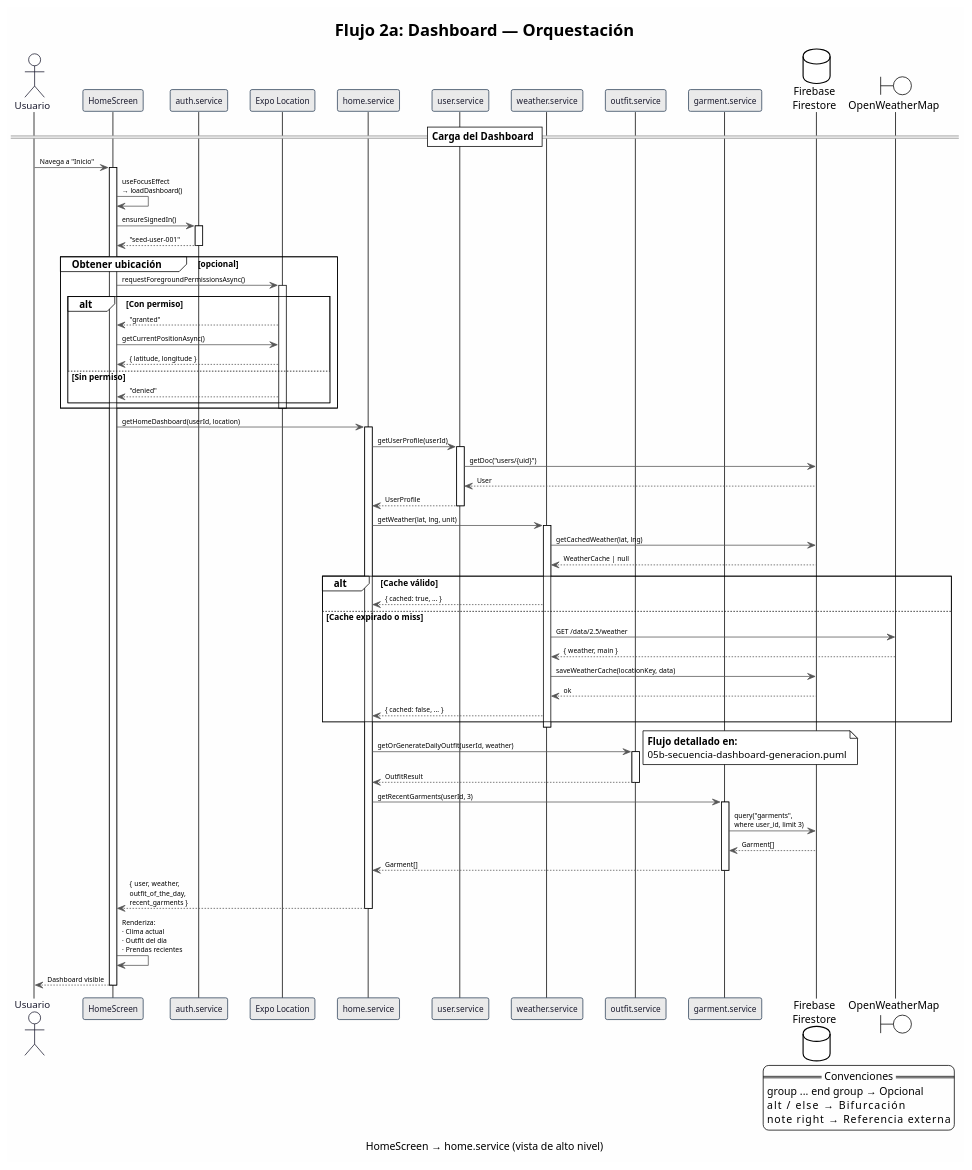
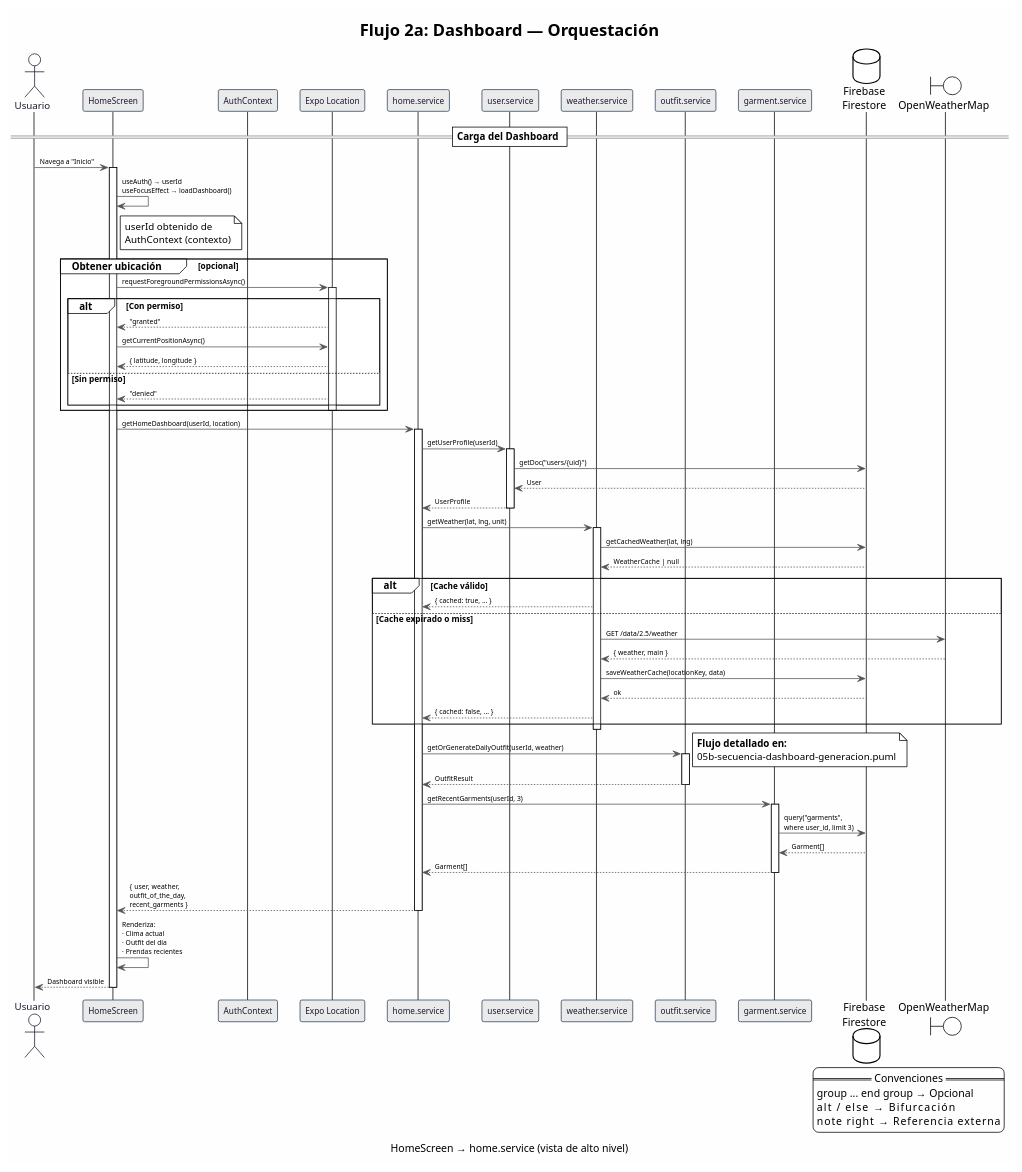
One commit to NataliaOsorioL/tulook changed the diagram in diagrams/05a-secuencia-dashboard-orquestacion.puml. Above: the diagram before and after it, drawn with PlantUML. The commit also changed 14 other files, not shown here.

Commit message:
Actualización de diagramas

```diff
--- a/diagrams/05a-secuencia-dashboard-orquestacion.puml
+++ b/diagrams/05a-secuencia-dashboard-orquestacion.puml
@@ -1,122 +1,122 @@
 @startuml
 '
 ' Diagrama de Secuencia - Dashboard: Orquestación
 ' Flujo principal desde HomeScreen hasta home.service
 ' La generación del outfit se detalla en 05b-secuencia-dashboard-generacion.puml
 '
 
 !theme plain
 skinparam backgroundColor #FEFEFE
 skinparam participant {
   BorderColor #2D4059
   BackgroundColor #EAEAEA
   FontColor #1A1A2E
   FontSize 11
 }
 skinparam actor {
   BorderColor #1A1A2E
   FontColor #1A1A2E
   FontSize 13
 }
 skinparam arrow {
   Color #555555
   FontSize 9
 }
 
 title "Flujo 2a: Dashboard — Orquestación"
 caption "HomeScreen → home.service (vista de alto nivel)"
 
 actor "Usuario" as user
 participant "HomeScreen" as home
-participant "auth.service" as auth
+participant "AuthContext" as aCtx
 participant "Expo Location" as loc
 participant "home.service" as homeSvc
 participant "user.service" as usvc
 participant "weather.service" as wsvc
 participant "outfit.service" as osvc
 participant "garment.service" as gsvc
 database "Firebase\nFirestore" as fb
 boundary "OpenWeatherMap" as owm
 
 == Carga del Dashboard ==
 
 user -> home : Navega a "Inicio"
 activate home
 
-home -> home : useFocusEffect\n→ loadDashboard()
+home -> home : useAuth() → userId\nuseFocusEffect → loadDashboard()
 
-home -> auth : ensureSignedIn()
-activate auth
-auth --> home : "seed-user-001"
-deactivate auth
+note right of home
+  userId obtenido de
+  AuthContext (contexto)
+end note
 
 group Obtener ubicación [opcional]
   home -> loc : requestForegroundPermissionsAsync()
   activate loc
   alt Con permiso
     loc --> home : "granted"
     home -> loc : getCurrentPositionAsync()
     loc --> home : { latitude, longitude }
   else Sin permiso
     loc --> home : "denied"
   end
   deactivate loc
 end
 
 home -> homeSvc : getHomeDashboard(userId, location)
 activate homeSvc
 
   homeSvc -> usvc : getUserProfile(userId)
   activate usvc
   usvc -> fb : getDoc("users/{uid}")
   fb --> usvc : User
   usvc --> homeSvc : UserProfile
   deactivate usvc
 
   homeSvc -> wsvc : getWeather(lat, lng, unit)
   activate wsvc
   wsvc -> fb : getCachedWeather(lat, lng)
   fb --> wsvc : WeatherCache | null
   alt Cache válido
     wsvc --> homeSvc : { cached: true, ... }
   else Cache expirado o miss
     wsvc -> owm : GET /data/2.5/weather
     owm --> wsvc : { weather, main }
     wsvc -> fb : saveWeatherCache(locationKey, data)
     fb --> wsvc : ok
     wsvc --> homeSvc : { cached: false, ... }
   end
   deactivate wsvc
 
   homeSvc -> osvc : getOrGenerateDailyOutfit(userId, weather)
   activate osvc
   note right
     **Flujo detallado en:**
     05b-secuencia-dashboard-generacion.puml
   end note
   osvc --> homeSvc : OutfitResult
   deactivate osvc
 
   homeSvc -> gsvc : getRecentGarments(userId, 3)
   activate gsvc
   gsvc -> fb : query("garments",\nwhere user_id, limit 3)
   fb --> gsvc : Garment[]
   gsvc --> homeSvc : Garment[]
   deactivate gsvc
 
 homeSvc --> home : { user, weather,\noutfit_of_the_day,\nrecent_garments }
 deactivate homeSvc
 
 home -> home : Renderiza:\n· Clima actual\n· Outfit del día\n· Prendas recientes
 
 home --> user : Dashboard visible
 deactivate home
 
 legend right
   == Convenciones ==
   group ... end group  → Opcional
   alt / else           → Bifurcación
   note right           → Referencia externa
 end legend
 
 @enduml
```
